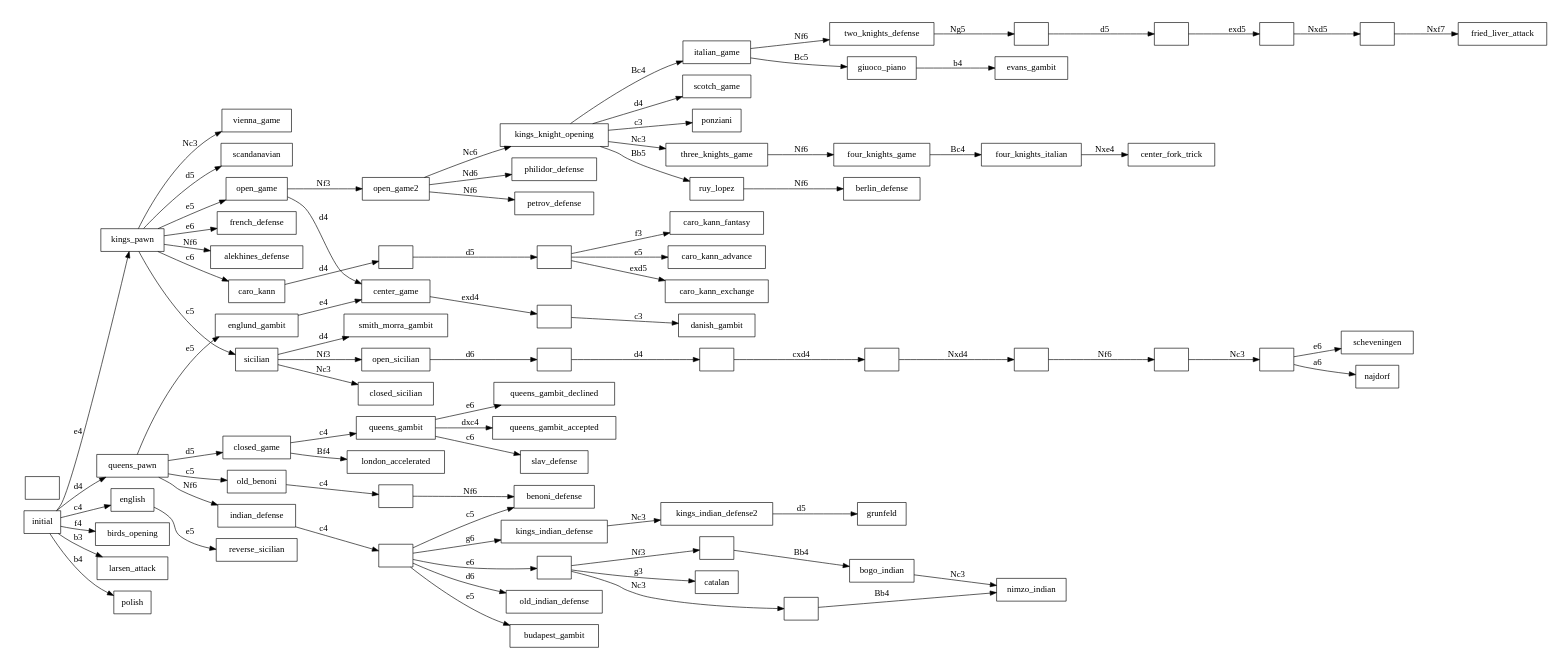
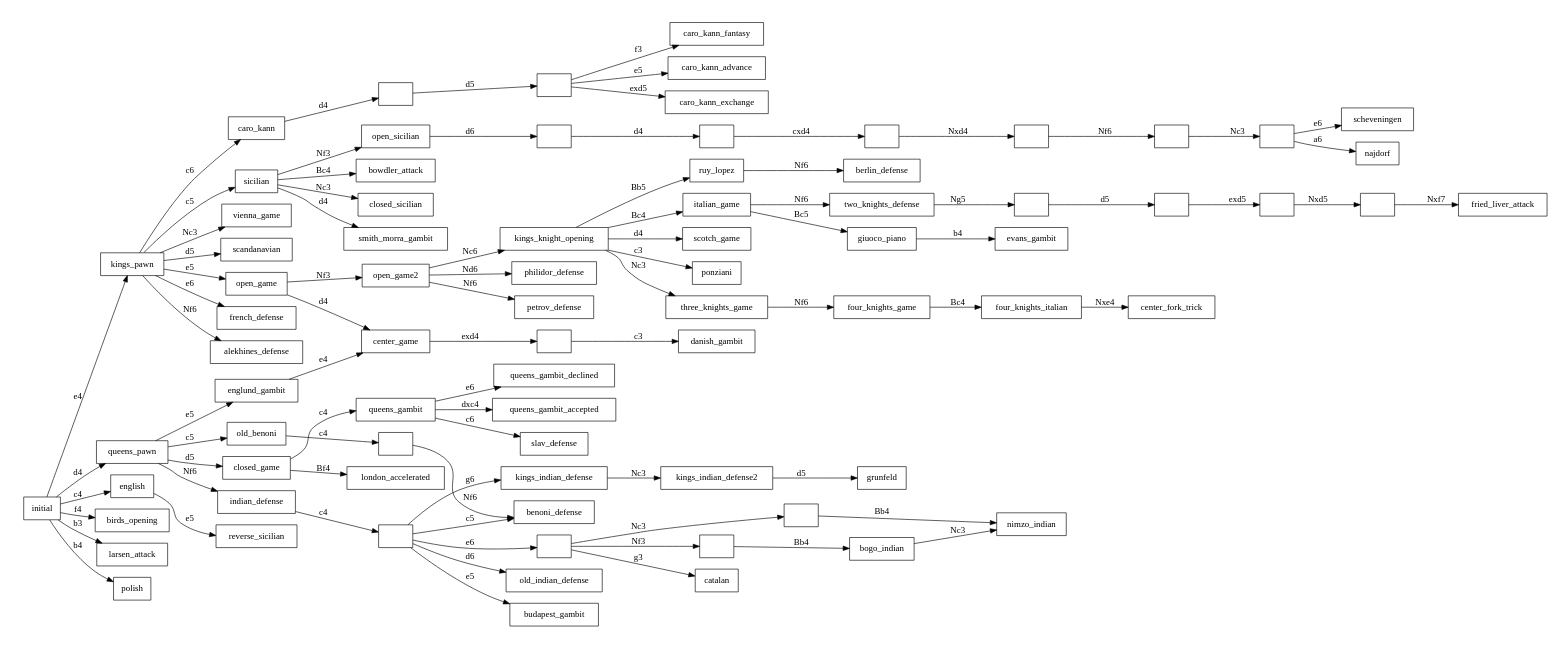
One commit to lwerdna/workbench changed the diagram in chess-openings-graph/openings.dot. Above: the diagram before and after it, drawn with Graphviz. The commit also changed 18 other files, not shown here.

```diff
--- a/chess-openings-graph/openings.dot
+++ b/chess-openings-graph/openings.dot
@@ -1,139 +1,139 @@
 digraph chess_openings {
 	rankdir=LR;
 	size="8,5"
 
     node [shape="box"]
 	indian_defense2 [label=""];
 	indian_defense3 [label=""];
 	indian_defense4 [label=""];
 	indian_defense5 [label=""];
-	open_game_2 [label=""];
 	old_benoni2 [label=""];
 	two_knights_defense2 [label=""];
 	two_knights_defense3 [label=""];
 	two_knights_defense4 [label=""];
 	two_knights_defense5 [label=""];
 	caro_kann2 [label=""];
 	caro_kann3 [label=""];
 	center_game2 [label=""];
 	open_sicilian2 [label=""];
 	open_sicilian3 [label=""];
 	open_sicilian4 [label=""];
 	open_sicilian5 [label=""];
 	open_sicilian6 [label=""];
 	open_sicilian7 [label=""];
 
 	initial [label="initial"]
 
 	initial -> kings_pawn [label="e4"];
 	initial -> queens_pawn [label="d4"];
 	initial -> english [label="c4"];
 	initial -> birds_opening [label="f4"];
 	initial -> larsen_attack [label="b3"];
 	initial -> polish [label="b4"];
 
 	kings_pawn -> scandanavian [label="d5"];
 	kings_pawn -> open_game [label="e5"];
 	kings_pawn -> french_defense [label="e6"];	
 	kings_pawn -> alekhines_defense [label="Nf6"];
 	kings_pawn -> caro_kann [label="c6"];
 	kings_pawn -> sicilian [label="c5"];
 	kings_pawn -> vienna_game [label="Nc3"];
 
 	caro_kann -> caro_kann2 [label="d4"];
 	caro_kann2 -> caro_kann3 [label="d5"];
 	caro_kann3 -> caro_kann_advance [label="e5"];
 	caro_kann3 -> caro_kann_exchange [label="exd5"];
 	caro_kann3 -> caro_kann_fantasy [label="f3"];
 
 	sicilian -> open_sicilian [label="Nf3"];
+	sicilian -> bowdler_attack [label="Bc4"];
 	sicilian -> closed_sicilian [label="Nc3"];
 	sicilian -> smith_morra_gambit [label="d4"];
 
 	open_sicilian -> open_sicilian2 [label="d6"]
 
 	open_sicilian2 -> open_sicilian3 [label="d4"]
 	open_sicilian3 -> open_sicilian4 [label="cxd4"]
 	open_sicilian4 -> open_sicilian5 [label="Nxd4"]
 	open_sicilian5 -> open_sicilian6 [label="Nf6"]
 	open_sicilian6 -> open_sicilian7 [label="Nc3"]
 
 	open_sicilian7 -> scheveningen [label="e6"]
 	open_sicilian7 -> najdorf [label="a6"]	
 
 	english -> reverse_sicilian [label="e5"];
 
 	queens_pawn -> old_benoni [label="c5"];
 	queens_pawn -> closed_game [label="d5"];
 	queens_pawn -> englund_gambit [label="e5"];	
 	queens_pawn -> indian_defense [label="Nf6"];	
 
 	englund_gambit -> center_game [label="e4"];
 
 	old_benoni -> old_benoni2 [label="c4"];
 
 	old_benoni2 -> benoni_defense [label="Nf6"];
 
 	indian_defense -> indian_defense2 [label="c4"];
 
     indian_defense2 -> benoni_defense [label="c5"];
 	indian_defense2 -> old_indian_defense [label="d6"];
 	indian_defense2 -> budapest_gambit [label="e5"];
     indian_defense2 -> indian_defense3 [label="e6"];
 	indian_defense2 -> kings_indian_defense [label="g6"];
 
 	kings_indian_defense -> kings_indian_defense2 [label="Nc3"];
 	kings_indian_defense2 -> grunfeld [label="d5"];
 
 	indian_defense3 -> catalan [label="g3"];
 	indian_defense3 -> indian_defense4 [label="Nc3"];
 	indian_defense3 -> indian_defense5 [label="Nf3"];
 
 	indian_defense4 -> nimzo_indian [label="Bb4"];
 
 	indian_defense5 -> bogo_indian [label="Bb4"];
 	bogo_indian -> nimzo_indian [label="Nc3"];
 
 	closed_game -> queens_gambit [label="c4"];
 	closed_game -> london_accelerated [label="Bf4"];
 
 	queens_gambit -> queens_gambit_declined [label="e6"];
 	queens_gambit -> queens_gambit_accepted [label="dxc4"];
 	queens_gambit -> slav_defense [label="c6"];
 
 	open_game -> open_game2 [label="Nf3"];
 	open_game -> center_game [label="d4"];	
 
 	open_game2 -> philidor_defense [label="Nd6"];
 	open_game2 -> petrov_defense [label="Nf6"];
 	open_game2 -> kings_knight_opening [label="Nc6"];
 
 	center_game -> center_game2 [label="exd4"];
 
 	center_game2 -> danish_gambit [label="c3"];
 
 	kings_knight_opening -> three_knights_game [label="Nc3"];
 	kings_knight_opening -> ruy_lopez [label="Bb5"];
 	kings_knight_opening -> italian_game [label="Bc4"];	
 	kings_knight_opening -> scotch_game [label="d4"];
 	kings_knight_opening -> ponziani [label="c3"];	
 
 	italian_game -> giuoco_piano [label="Bc5"];
 	italian_game -> two_knights_defense [label="Nf6"];
 
 	giuoco_piano -> evans_gambit [label="b4"];
 
 	ruy_lopez -> berlin_defense [label="Nf6"];
 
 	two_knights_defense -> two_knights_defense2 [label="Ng5"];
 	two_knights_defense2 -> two_knights_defense3 [label="d5"];
 	two_knights_defense3 -> two_knights_defense4 [label="exd5"];
 	two_knights_defense4 -> two_knights_defense5 [label="Nxd5"];
 	two_knights_defense5 -> fried_liver_attack [label="Nxf7"];
 
 	three_knights_game -> four_knights_game [label="Nf6"];
 
 	four_knights_game -> four_knights_italian [label="Bc4"];
 
 	four_knights_italian -> center_fork_trick [label="Nxe4"];
 }
```
